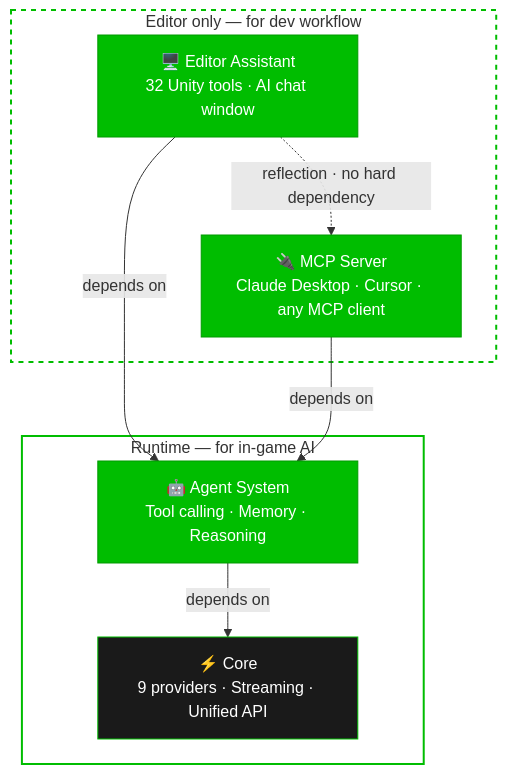
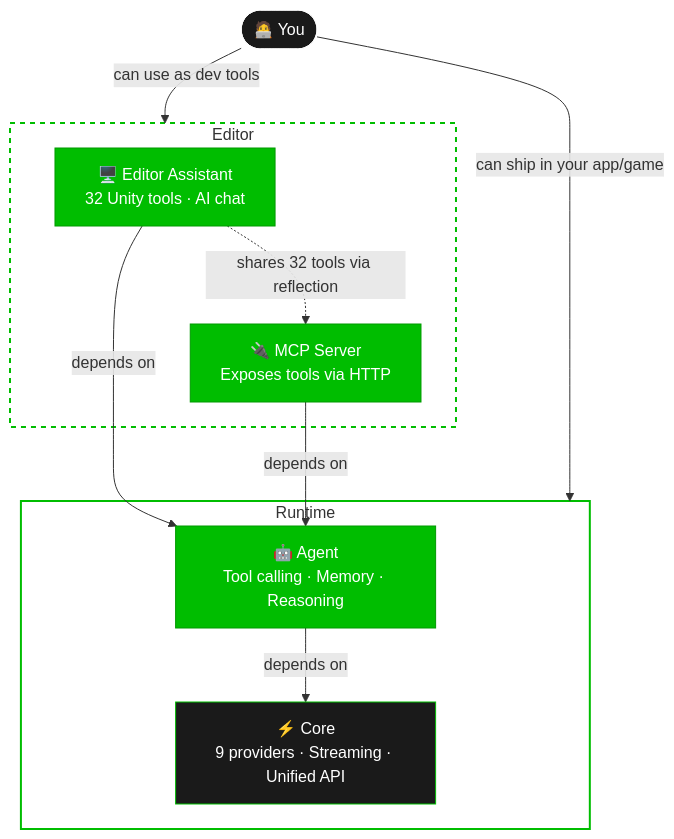
One commit to experir/unai-unity-ai-connector changed the diagram in README.md. Above: the diagram before and after it, drawn with Mermaid. The commit also changed other lines of this file, not shown here.

Commit message:
docs: fix Mermaid diagram layout and restore in-game AI label

````diff
--- a/README.md
+++ b/README.md
@@ -21,24 +21,30 @@
 ```mermaid
 graph TB
-    subgraph editor ["Editor only — for dev workflow"]
-        EA["🖥️ Editor Assistant<br/>32 Unity tools · AI chat window"]
-        MCP["🔌 MCP Server<br/>Claude Desktop · Cursor · any MCP client"]
+    YOU(["🧑‍💻 You"])
+
+    subgraph editor ["Editor"]
+        EA["🖥️ Editor Assistant<br/>32 Unity tools · AI chat"]
+        MCP["🔌 MCP Server<br/>Exposes tools via HTTP"]
     end
 
-    subgraph runtime ["Runtime — for in-game AI"]
-        Agent["🤖 Agent System<br/>Tool calling · Memory · Reasoning"]
+    subgraph runtime ["Runtime"]
+        Agent["🤖 Agent<br/>Tool calling · Memory · Reasoning"]
         Core["⚡ Core<br/>9 providers · Streaming · Unified API"]
     end
 
+    YOU -->|"can use as dev tools"| editor
+    YOU -->|"can ship in your app/game"| runtime
+
     EA -->|depends on| Agent
     MCP -->|depends on| Agent
-    EA -. "reflection · no hard dependency" .-> MCP
+    EA -. "shares 32 tools via reflection" .-> MCP
     Agent -->|depends on| Core
 
+    style YOU fill:#1a1a1a,stroke:#fff,color:#fff
     style EA fill:#00BD00,stroke:#009a00,color:#fff
     style MCP fill:#00BD00,stroke:#009a00,color:#fff
     style Agent fill:#00BD00,stroke:#009a00,color:#fff
     style Core fill:#1a1a1a,stroke:#00BD00,color:#fff
     style editor fill:transparent,stroke:#00BD00,stroke-width:2px,stroke-dasharray: 5 5
     style runtime fill:transparent,stroke:#00BD00,stroke-width:2px
 ```
````
